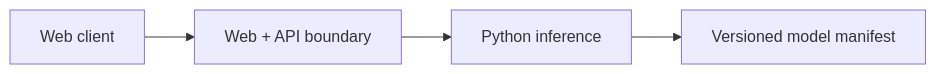
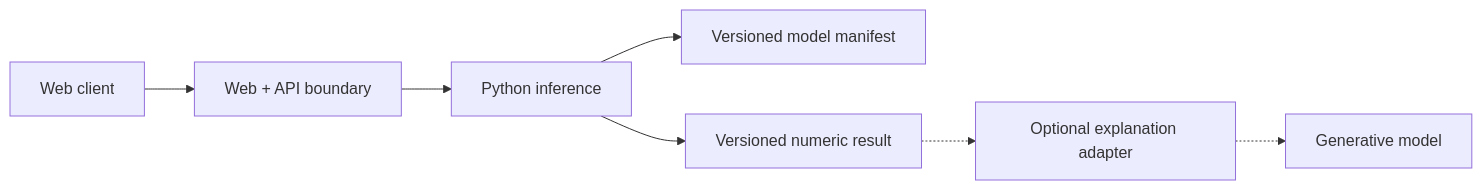
Before and after one commit to Udonburo/picca: the diagram in docs/RETROSPECTIVE.md, drawn with Mermaid. The commit also changed other lines of this file and 4 other files, not shown here.

Commit message:
docs: distinguish scoring from generative explanation

````diff
--- a/docs/RETROSPECTIVE.md
+++ b/docs/RETROSPECTIVE.md
@@ -108,6 +125,9 @@
 ```mermaid
 flowchart LR
     Browser["Web client"] --> App["Web + API boundary"]
     App --> Inference["Python inference"]
     Inference --> Model["Versioned model manifest"]
+    Inference --> Metrics["Versioned numeric result"]
+    Metrics -.-> Explain["Optional explanation adapter"]
+    Explain -.-> Provider["Generative model"]
 ```
````
